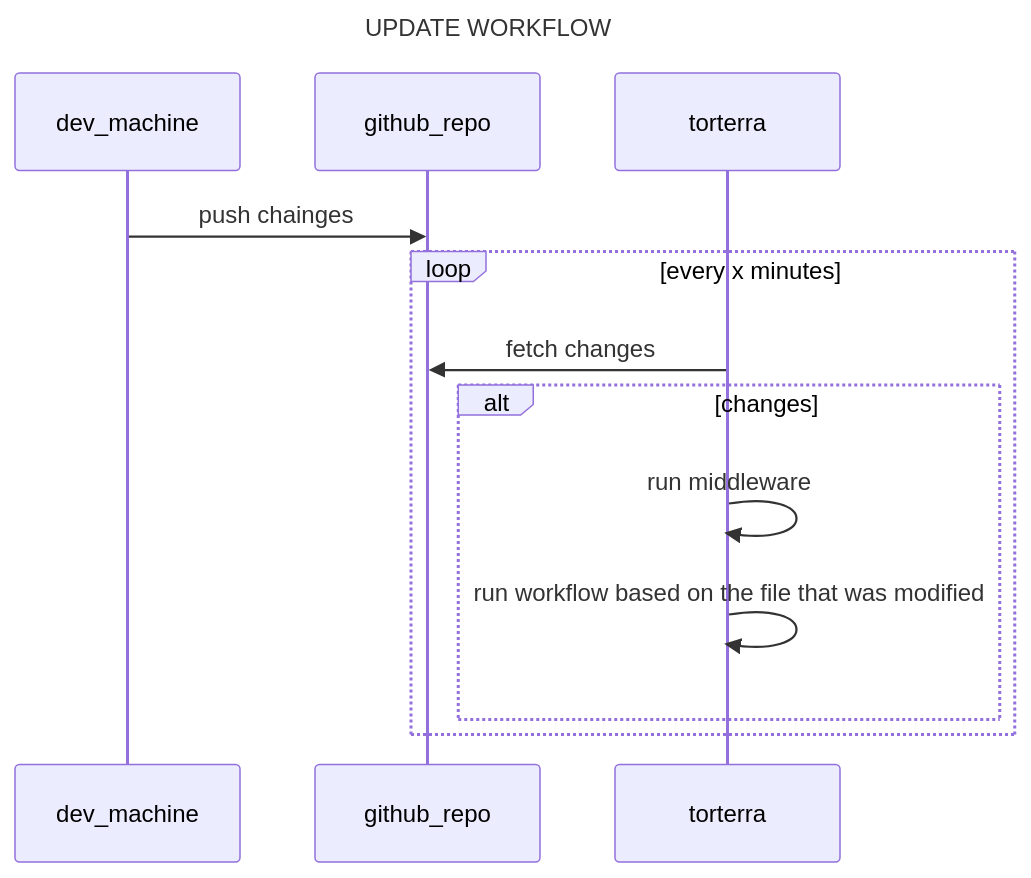
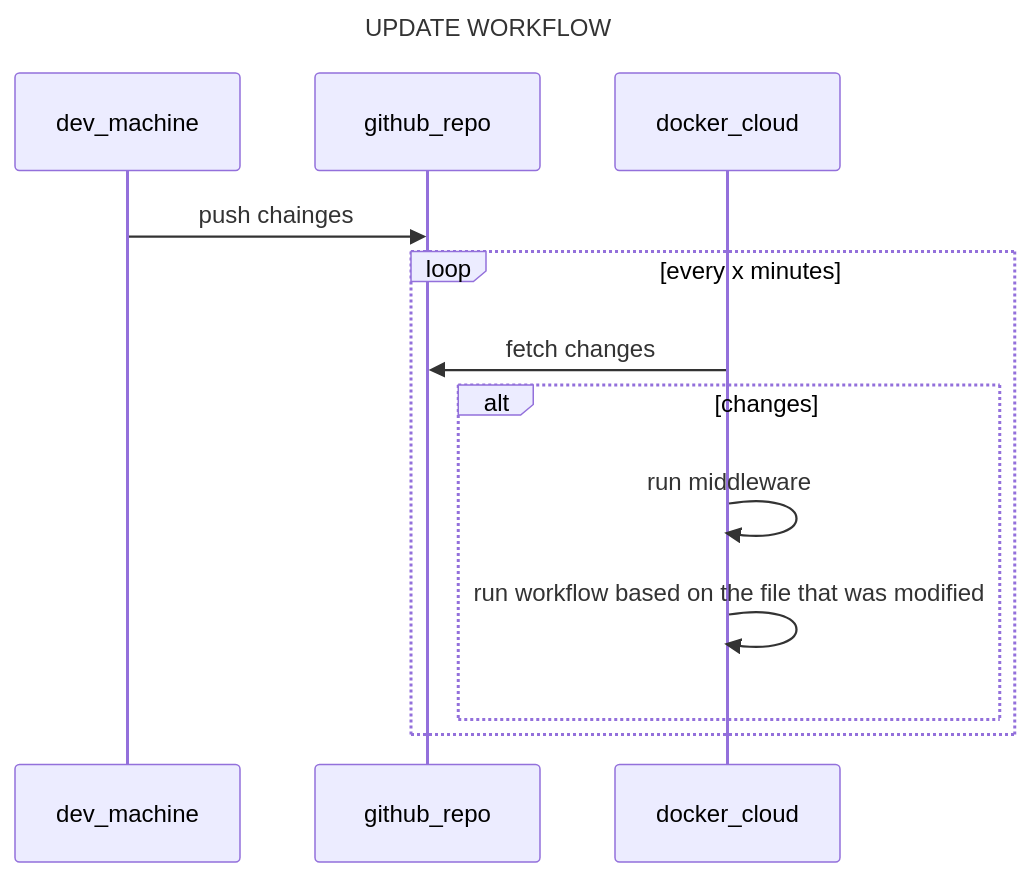
The second of 4 diagrams in readme.md (carnivuth/labcraft), drawn with Mermaid before and after one commit. The commit also changed other lines of this file, not shown here.

````diff
--- a/readme.md
+++ b/readme.md
@@ -54,18 +54,18 @@
 ```mermaid
 ---
 title: UPDATE WORKFLOW
 ---
 sequenceDiagram
 participant dev_machine
 participant github_repo
-participant torterra
+participant docker_cloud
 
 dev_machine ->> github_repo: push chainges
 loop every x minutes
-torterra ->> github_repo: fetch changes
+docker_cloud ->> github_repo: fetch changes
 alt changes
-torterra ->> torterra: run middleware
-torterra ->> torterra: run workflow based on the file that was modified
+docker_cloud ->> docker_cloud: run middleware
+docker_cloud ->> docker_cloud: run workflow based on the file that was modified
 end
 end
 ```
````
